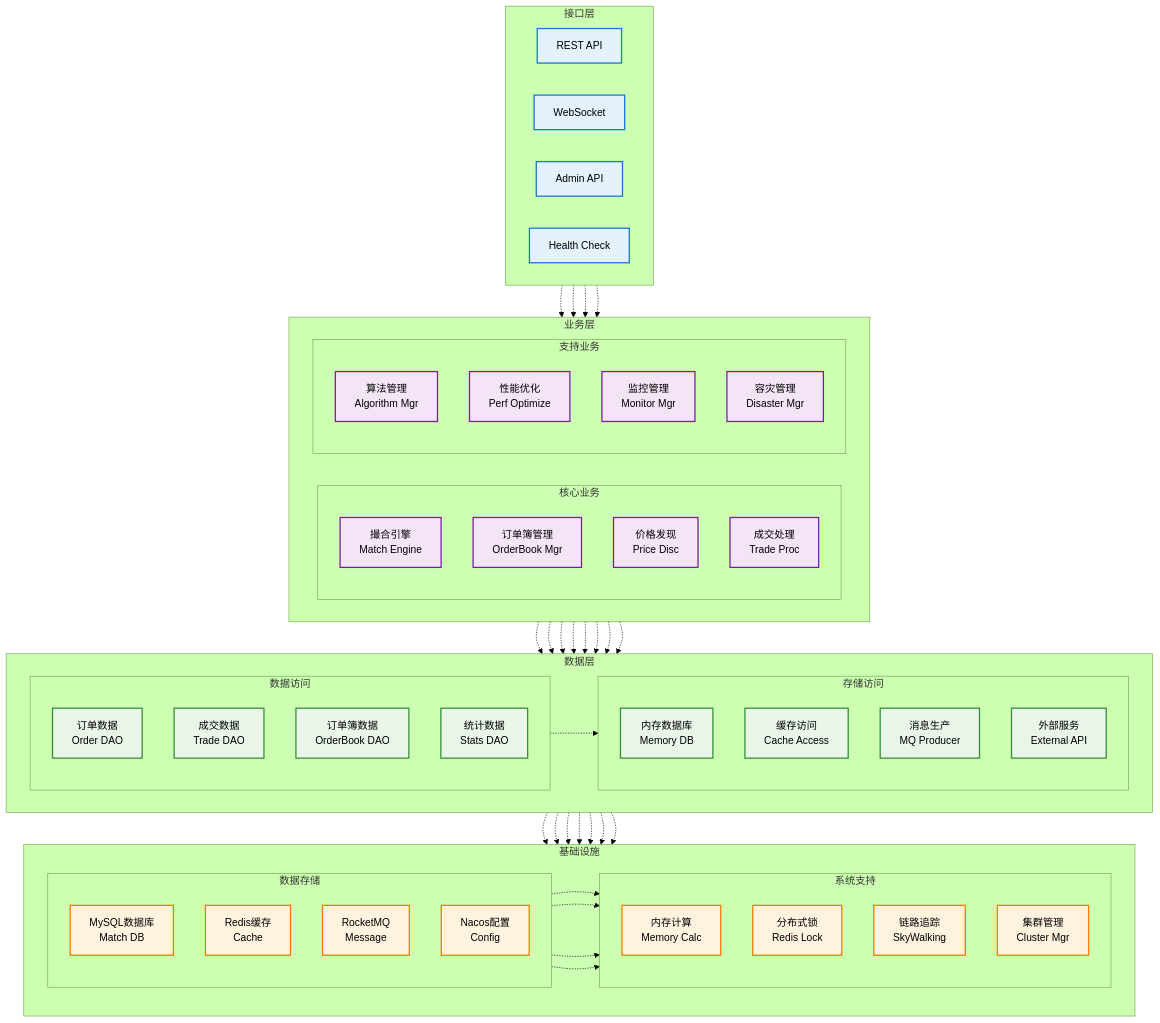
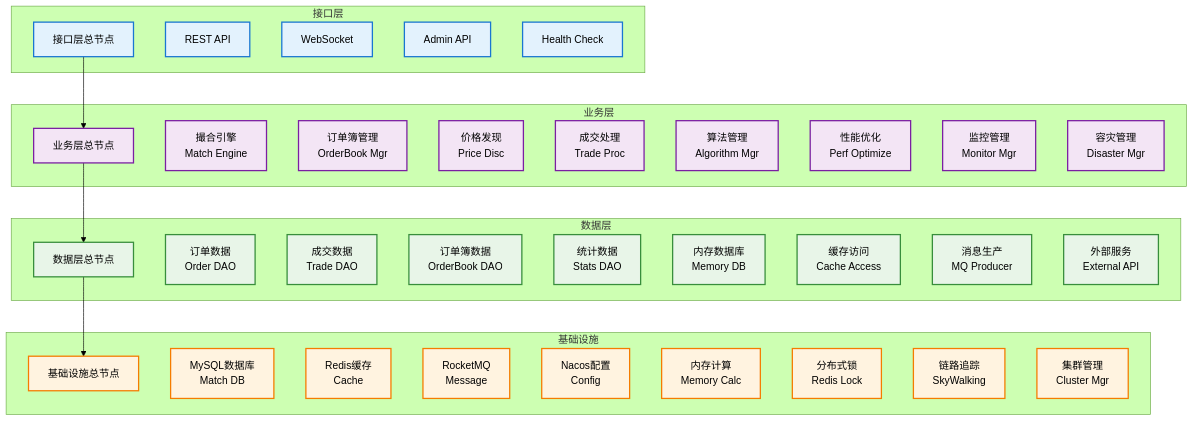
Before and after one commit to suogongy/pp-cex: the first of 9 diagrams in docs/services/match-service/README.md, drawn with Mermaid (forest theme). The commit also changed other lines of this file and 8 other files, not shown here.

Commit message:
重构架构图

````diff
--- a/docs/services/match-service/README.md
+++ b/docs/services/match-service/README.md
@@ -26,106 +25,53 @@
 ```mermaid
-graph TD
-    direction TB
-
-    %% 接口层
+graph TB
     subgraph "接口层"
-        direction LR
+        INTERFACE[接口层总节点]
         REST[REST API]
         WS[WebSocket]
         Admin[Admin API]
         Health[Health Check]
     end
 
-    %% 业务层
     subgraph "业务层"
-        direction LR
-
-        subgraph "核心业务"
-            direction TB
-            MatchEngine[撮合引擎<br>Match Engine]
-            OrderBook[订单簿管理<br>OrderBook Mgr]
-            PriceDisc[价格发现<br>Price Disc]
-            TradeProc[成交处理<br>Trade Proc]
-        end
-
-        subgraph "支持业务"
-            direction TB
-            Algorithm[算法管理<br>Algorithm Mgr]
-            PerfOpt[性能优化<br>Perf Optimize]
-            Monitor[监控管理<br>Monitor Mgr]
-            Disaster[容灾管理<br>Disaster Mgr]
-        end
+        BUSINESS[业务层总节点]
+        MatchEngine[撮合引擎<br>Match Engine]
+        OrderBook[订单簿管理<br>OrderBook Mgr]
+        PriceDisc[价格发现<br>Price Disc]
+        TradeProc[成交处理<br>Trade Proc]
+        Algorithm[算法管理<br>Algorithm Mgr]
+        PerfOpt[性能优化<br>Perf Optimize]
+        Monitor[监控管理<br>Monitor Mgr]
+        Disaster[容灾管理<br>Disaster Mgr]
     end
 
-    %% 数据层
     subgraph "数据层"
-        direction LR
-
-        subgraph "数据访问"
-            direction TB
-            OrderDAO[订单数据<br>Order DAO]
-            TradeDAO[成交数据<br>Trade DAO]
-            OrderBookDAO[订单簿数据<br>OrderBook DAO]
-            StatsDAO[统计数据<br>Stats DAO]
-        end
-
-        subgraph "存储访问"
-            direction TB
-            MemoryDB[内存数据库<br>Memory DB]
-            Cache[缓存访问<br>Cache Access]
-            MQProducer[消息生产<br>MQ Producer]
-            ExternalAPI[外部服务<br>External API]
-        end
+        DATA[数据层总节点]
+        OrderDAO[订单数据<br>Order DAO]
+        TradeDAO[成交数据<br>Trade DAO]
+        OrderBookDAO[订单簿数据<br>OrderBook DAO]
+        StatsDAO[统计数据<br>Stats DAO]
+        MemoryDB[内存数据库<br>Memory DB]
+        Cache[缓存访问<br>Cache Access]
+        MQProducer[消息生产<br>MQ Producer]
+        ExternalAPI[外部服务<br>External API]
     end
 
-    %% 基础设施
     subgraph "基础设施"
-        direction LR
-
-        subgraph "数据存储"
-            direction TB
-            MySQL[MySQL数据库<br>Match DB]
-            Redis[Redis缓存<br>Cache]
-            RocketMQ[RocketMQ<br>Message]
-            Nacos[Nacos配置<br>Config]
-        end
-
-        subgraph "系统支持"
-            direction TB
-            MemoryCalc[内存计算<br>Memory Calc]
-            RedisLock[分布式锁<br>Redis Lock]
-            SkyWalking[链路追踪<br>SkyWalking]
-            Cluster[集群管理<br>Cluster Mgr]
-        end
+        INFRA[基础设施总节点]
+        MySQL[MySQL数据库<br>Match DB]
+        Redis[Redis缓存<br>Cache]
+        RocketMQ[RocketMQ<br>Message]
+        Nacos[Nacos配置<br>Config]
+        MemoryCalc[内存计算<br>Memory Calc]
+        RedisLock[分布式锁<br>Redis Lock]
+        SkyWalking[链路追踪<br>SkyWalking]
+        Cluster[集群管理<br>Cluster Mgr]
     end
 
-    %% 垂直连接线
-    REST -.-> MatchEngine
-    WS -.-> OrderBook
-    Admin -.-> Monitor
-    Health -.-> Disaster
-
-    MatchEngine -.-> OrderDAO
-    OrderBook -.-> OrderBookDAO
-    PriceDisc -.-> TradeDAO
-    TradeProc -.-> StatsDAO
-    Algorithm -.-> MemoryDB
-    PerfOpt -.-> Cache
-    Monitor -.-> MQProducer
-    Disaster -.-> ExternalAPI
-
-    OrderDAO -.-> MySQL
-    TradeDAO -.-> MySQL
-    OrderBookDAO -.-> Redis
-    StatsDAO -.-> Cache
-    MemoryDB -.-> MemoryCalc
-    Cache -.-> Redis
-    MQProducer -.-> RocketMQ
-    ExternalAPI -.-> Nacos
-    MySQL -.-> RedisLock
-    Redis -.-> SkyWalking
-    RocketMQ -.-> Cluster
-    Nacos -.-> Cluster
+    %% 简单层级连接
+    INTERFACE --> BUSINESS
+    BUSINESS --> DATA
+    DATA --> INFRA
 
     %% 样式定义
     classDef interfaceLayer fill:#e3f2fd,stroke:#1976d2,stroke-width:2px,color:#000
@@ -133,8 +79,8 @@
     classDef dataLayer fill:#e8f5e8,stroke:#388e3c,stroke-width:2px,color:#000
     classDef infraLayer fill:#fff3e0,stroke:#f57c00,stroke-width:2px,color:#000
 
-    class REST,WS,Admin,Health interfaceLayer
-    class MatchEngine,OrderBook,PriceDisc,TradeProc,Algorithm,PerfOpt,Monitor,Disaster businessLayer
-    class OrderDAO,TradeDAO,OrderBookDAO,StatsDAO,MemoryDB,Cache,MQProducer,ExternalAPI dataLayer
-    class MySQL,Redis,RocketMQ,Nacos,MemoryCalc,RedisLock,SkyWalking,Cluster infraLayer
+    class INTERFACE,REST,WS,Admin,Health interfaceLayer
+    class BUSINESS,MatchEngine,OrderBook,PriceDisc,TradeProc,Algorithm,PerfOpt,Monitor,Disaster businessLayer
+    class DATA,OrderDAO,TradeDAO,OrderBookDAO,StatsDAO,MemoryDB,Cache,MQProducer,ExternalAPI dataLayer
+    class INFRA,MySQL,Redis,RocketMQ,Nacos,MemoryCalc,RedisLock,SkyWalking,Cluster infraLayer
 ```
````
